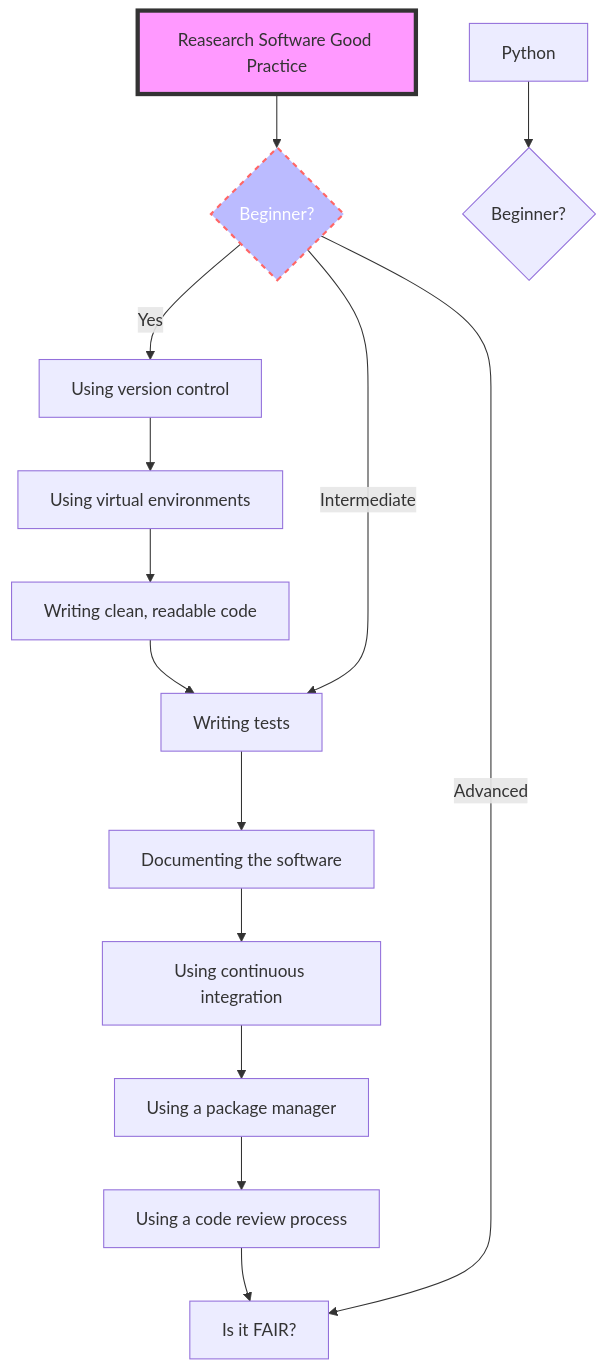
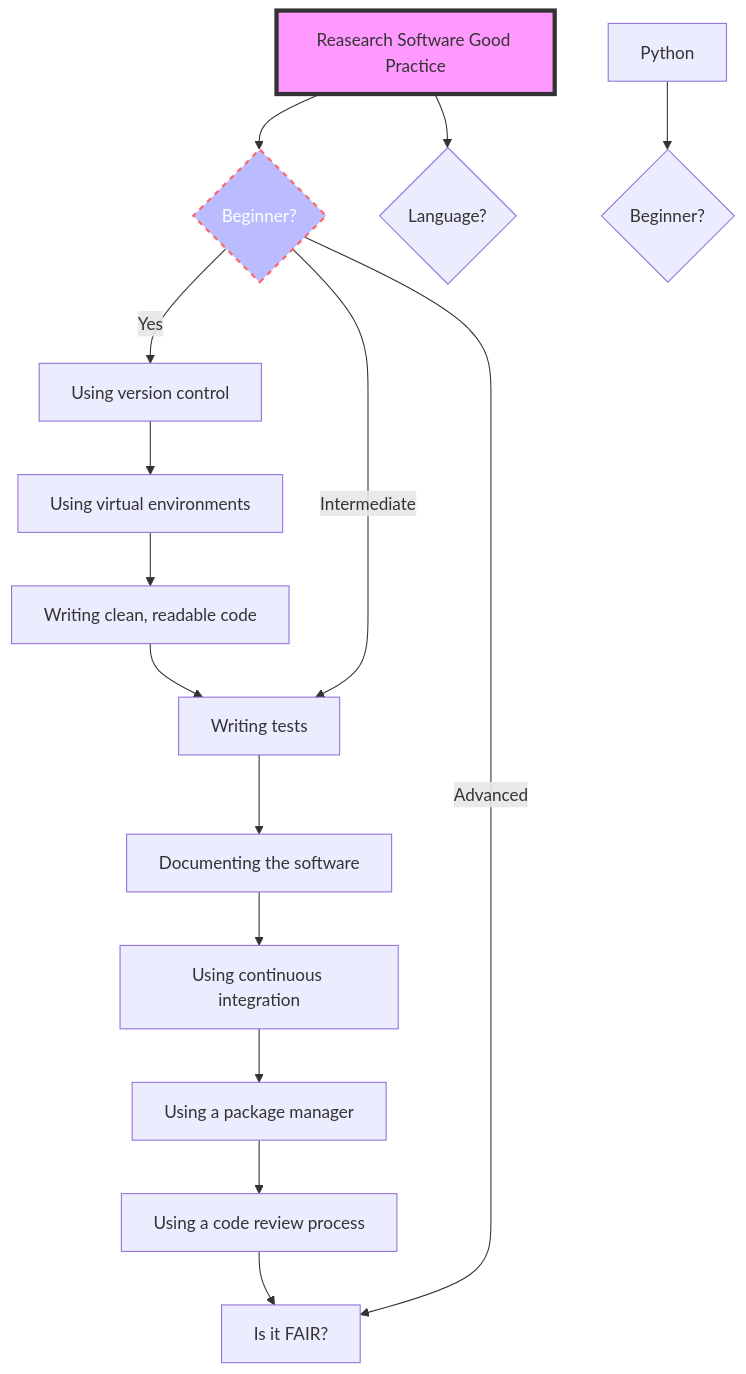
Before and after one commit to ICR-SC/good-practice: the diagram in docs/index.md, drawn with Mermaid.

Commit message:
Added another stream

````diff
--- a/docs/index.md
+++ b/docs/index.md
@@ -6,19 +6,20 @@
 ``` mermaid
 graph TD
   A[Reasearch Software Good Practice] --> B{Beginner?};
   B -->|Yes| C[Using version control];
   C --> D[Using virtual environments];
   D --> E[Writing clean, readable code];
   E --> F[Writing tests];
   B ---->|Intermediate| F;
   F --> G[Documenting the software];
   G --> H[Using continuous integration];
   H --> I[Using a package manager];
   I --> J[Using a code review process];
   J --> K[Is it FAIR?];
   B ---->|Advanced| K;
   PA[Python] --> PB{Beginner?};
+  A --> EB{Language?};
   click B "https://www.github.com" "This is a tooltip for a link"
   style A fill:#f9f,stroke:#333,stroke-width:4px
   style B fill:#bbf,stroke:#f66,stroke-width:2px,color:#fff,stroke-dasharray: 5 5
 ```
````
